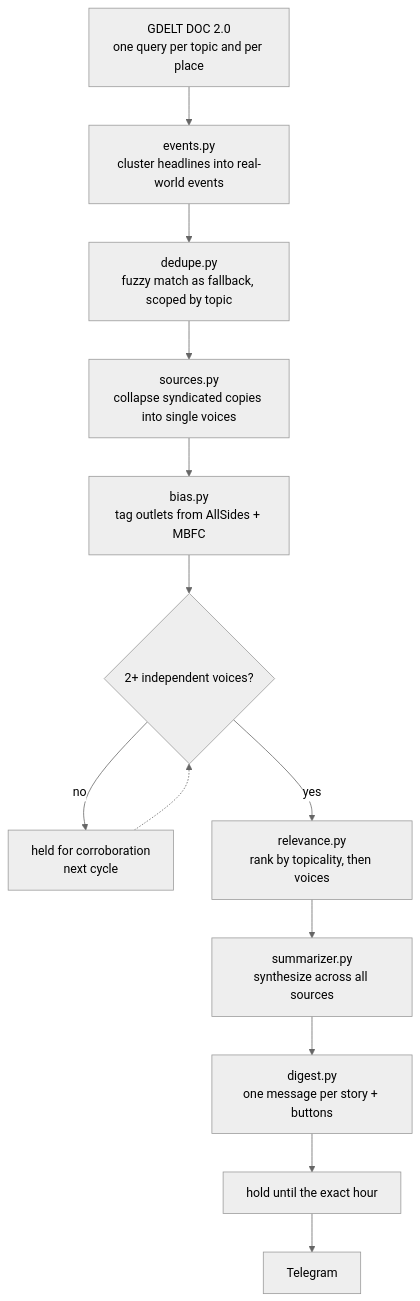
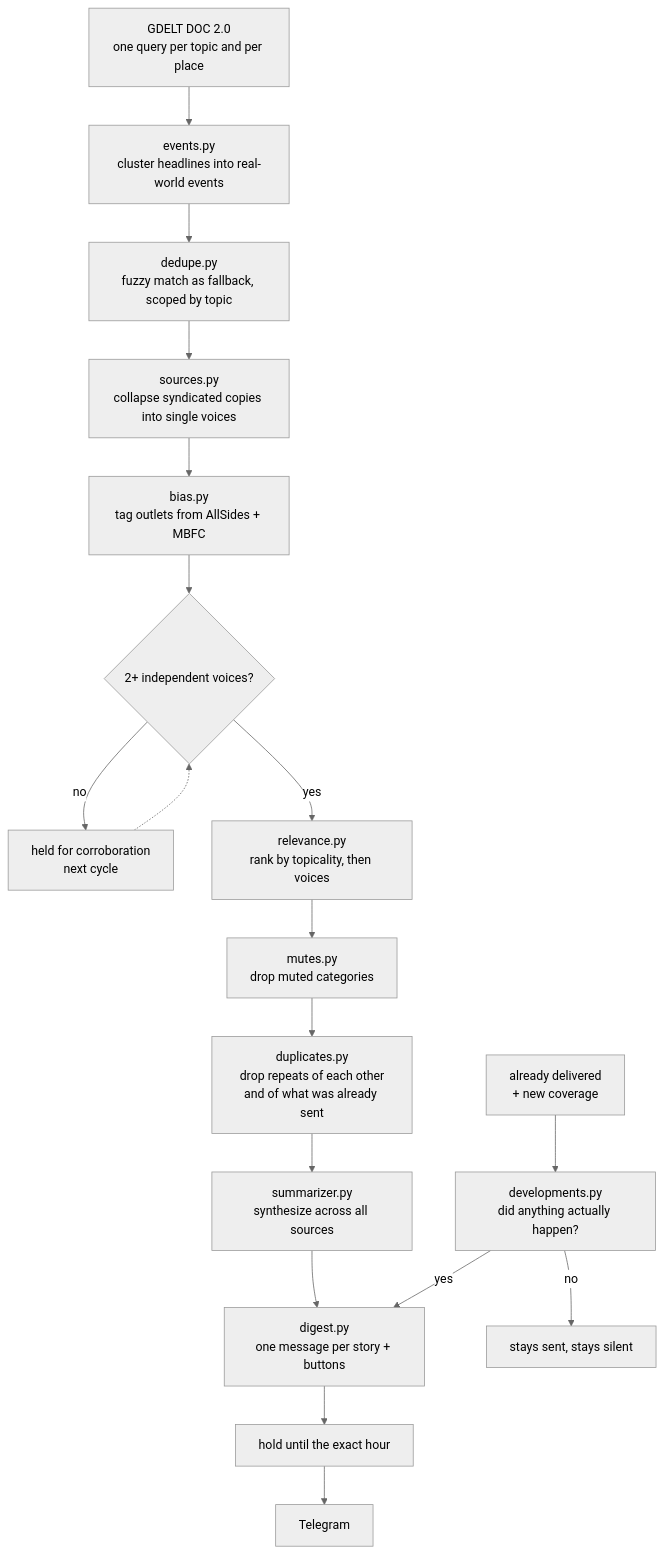
The diagram in README.md (thisisnickduncan/telegram-news-collector), drawn with Mermaid (neutral theme) before and after one commit. The commit also changed other lines of this file and 11 other files, not shown here.

````diff
--- a/README.md
+++ b/README.md
@@ -137,15 +140,20 @@
 ```mermaid
 flowchart TD
     A[GDELT DOC 2.0<br/>one query per topic and per place] --> B[events.py<br/>cluster headlines into real-world events]
     B --> C[dedupe.py<br/>fuzzy match as fallback, scoped by topic]
     C --> D[sources.py<br/>collapse syndicated copies into single voices]
     D --> E[bias.py<br/>tag outlets from AllSides + MBFC]
     E --> F{2+ independent voices?}
     F -- no --> G[held for corroboration<br/>next cycle]
     F -- yes --> H[relevance.py<br/>rank by topicality, then voices]
-    H --> I[summarizer.py<br/>synthesize across all sources]
+    H --> M[mutes.py<br/>drop muted categories]
+    M --> N[duplicates.py<br/>drop repeats of each other<br/>and of what was already sent]
+    N --> I[summarizer.py<br/>synthesize across all sources]
     I --> J[digest.py<br/>one message per story + buttons]
     J --> K[hold until the exact hour]
     K --> L[Telegram]
     G -.-> F
+    P[already delivered<br/>+ new coverage] --> Q[developments.py<br/>did anything actually happen?]
+    Q -- yes --> J
+    Q -- no --> R[stays sent, stays silent]
 ```
````
